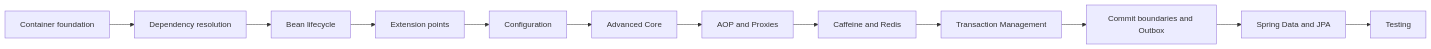
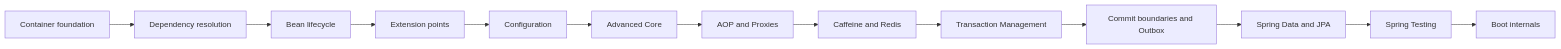
The second of 3 diagrams in 00_HOME/Java Backend Knowledge System.md (alimbetov/obsidian), drawn with Mermaid before and after one commit. The commit also changed other lines of this file, not shown here.

Commit message:
Add Spring Testing to home learning route

````diff
--- a/00_HOME/Java Backend Knowledge System.md
+++ b/00_HOME/Java Backend Knowledge System.md
@@ -199,14 +223,15 @@
 ```mermaid
 flowchart LR
     B1[Container foundation] --> B2[Dependency resolution]
     B2 --> B3[Bean lifecycle]
     B3 --> B4[Extension points]
     B4 --> B5[Configuration]
     B5 --> B6[Advanced Core]
     B6 --> AOP[AOP and Proxies]
     AOP --> CACHE[Caffeine and Redis]
     CACHE --> TX[Transaction Management]
     TX --> OUTBOX[Commit boundaries and Outbox]
     OUTBOX --> JPA[Spring Data and JPA]
-    JPA --> TEST[Testing]
+    JPA --> TEST[Spring Testing]
+    TEST --> BOOT[Boot internals]
 ```
````
